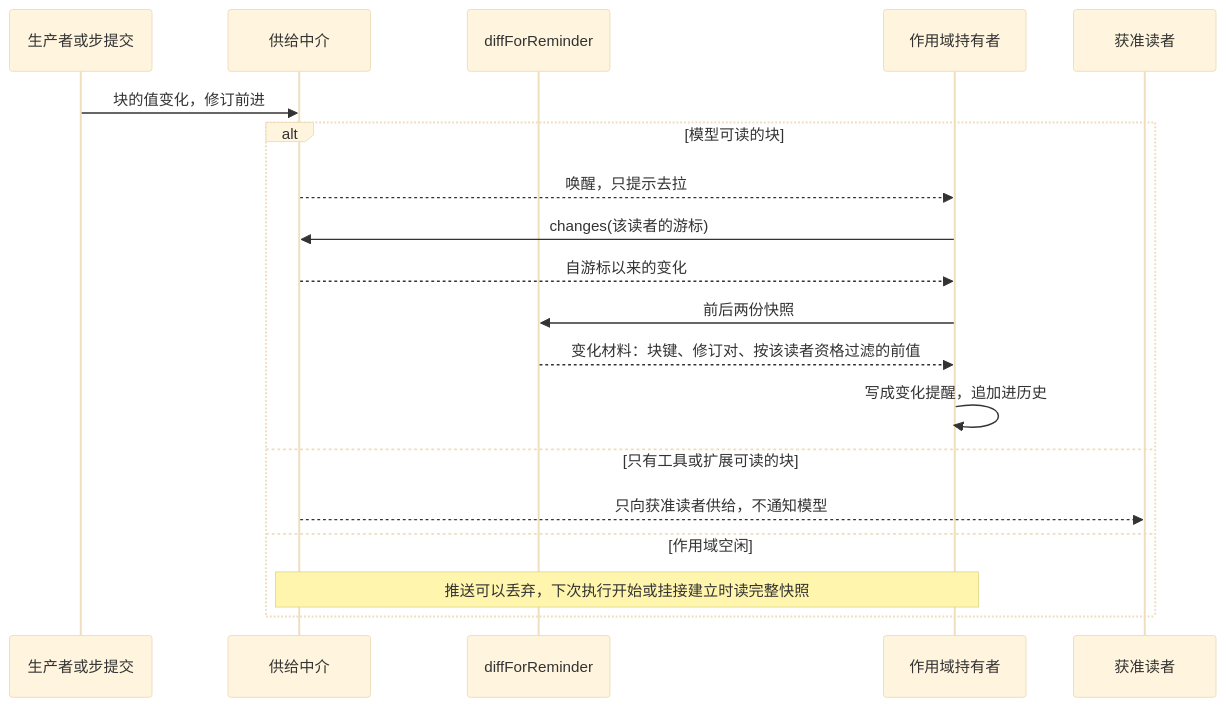
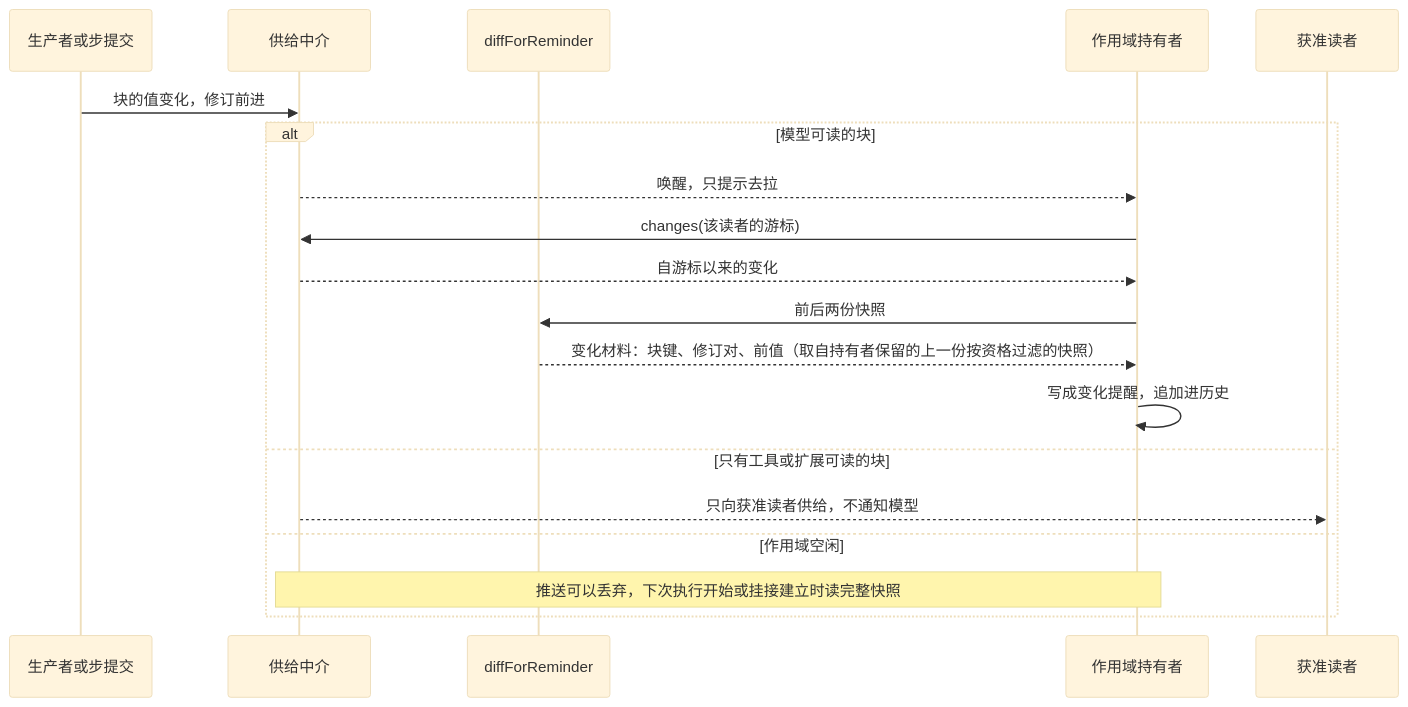
One commit to nemori-ai/omne-harness-lite changed the sixth of 8 diagrams in packages/context/runtime-context-contract/docs/flows.md. Above: the diagram before and after it, drawn with Mermaid (base theme). The commit also changed other lines of this file and 68 other files, not shown here.

````diff
--- a/packages/context/runtime-context-contract/docs/flows.md
+++ b/packages/context/runtime-context-contract/docs/flows.md
@@ -169,21 +184,21 @@
 ```mermaid
 sequenceDiagram
   participant P as 生产者或步提交
   participant M as 供给中介
   participant F as diffForReminder
   participant H as 作用域持有者
   participant R as 获准读者
   P->>M: 块的值变化，修订前进
   alt 模型可读的块
     M-->>H: 唤醒，只提示去拉
     H->>M: changes(该读者的游标)
     M-->>H: 自游标以来的变化
     H->>F: 前后两份快照
-    F-->>H: 变化材料：块键、修订对、按该读者资格过滤的前值
+    F-->>H: 变化材料：块键、修订对、前值（取自持有者保留的上一份按资格过滤的快照）
     H->>H: 写成变化提醒，追加进历史
   else 只有工具或扩展可读的块
     M-->>R: 只向获准读者供给，不通知模型
   else 作用域空闲
     Note over M,H: 推送可以丢弃，下次执行开始或挂接建立时读完整快照
   end
 ```
````
